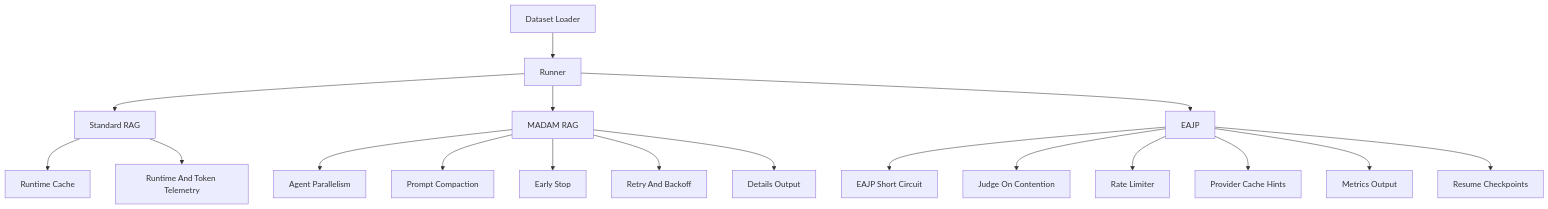
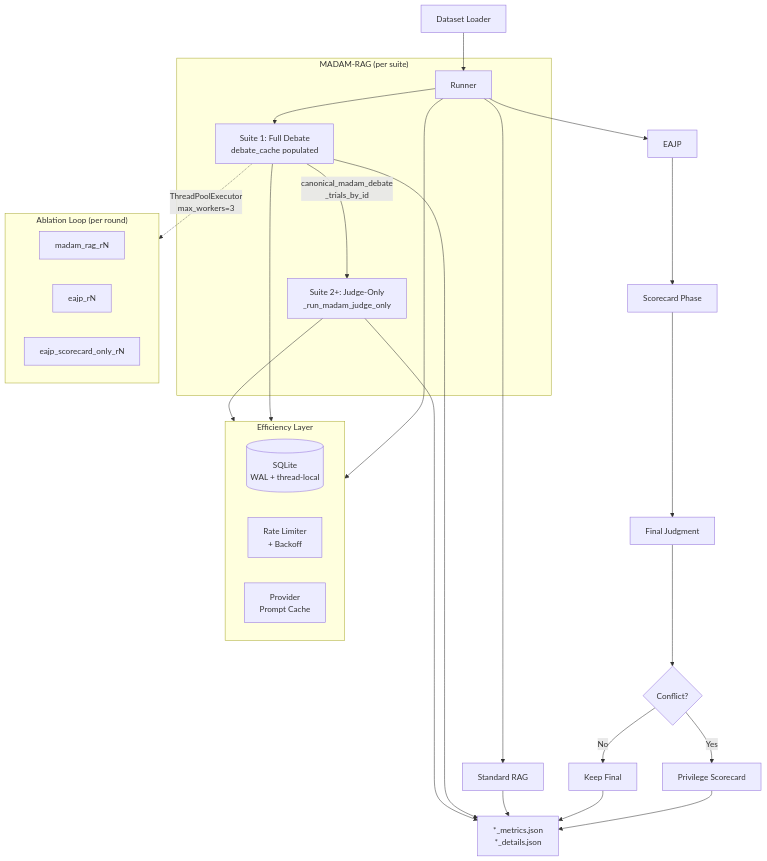
Before and after one commit to samlee1688/llms_final_project: the second of 2 diagrams in README.md, drawn with Mermaid. The commit also changed other lines of this file and 65 other files, not shown here.

````diff
--- a/README.md
+++ b/README.md
@@ -802,23 +652,39 @@
 ```mermaid
 flowchart TD
-  A[Dataset Loader] --> B[Runner]
-  B --> C[Standard RAG]
-  B --> D[MADAM RAG]
-  B --> E[EAJP]
+  L[Dataset Loader] --> R[Runner]
 
-  D --> O1[Agent Parallelism]
-  D --> O2[Prompt Compaction]
-  D --> O3[Early Stop]
-  E --> O4[EAJP Short Circuit]
-  E --> O5[Judge On Contention]
+  subgraph MADAM["MADAM-RAG (per suite)"]
+    R --> MA[Suite 1: Full Debate\ndebate_cache populated]
+    MA -->|canonical_madam_debate\n_trials_by_id| MB[Suite 2+: Judge-Only\n_run_madam_judge_only]
+  end
 
-  C --> M1[Runtime Cache]
-  D --> M2[Retry And Backoff]
-  E --> M3[Rate Limiter]
-  E --> M4[Provider Cache Hints]
+  subgraph ABL["Ablation Loop (per round)"]
+    direction LR
+    AB1[madam_rag_rN]
+    AB2[eajp_rN]
+    AB3[eajp_scorecard_only_rN]
+  end
+  MA -.->|ThreadPoolExecutor\nmax_workers=3| ABL
 
-  C --> T1[Runtime And Token Telemetry]
-  D --> T2[Details Output]
-  E --> T3[Metrics Output]
-  E --> T4[Resume Checkpoints]
+  subgraph CACHE["Efficiency Layer"]
+    SQLC[(SQLite\nWAL + thread-local)]
+    RL[Rate Limiter\n+ Backoff]
+    PC[Provider\nPrompt Cache]
+  end
+
+  R --> CACHE
+  MA --> CACHE
+  MB --> CACHE
+
+  R --> S1[Standard RAG]
+  R --> S3[EAJP]
+  S3 --> SC[Scorecard Phase]
+  SC --> FJ[Final Judgment]
+  FJ --> CR{Conflict?}
+  CR -->|Yes| PV[Privilege Scorecard]
+  CR -->|No| FV[Keep Final]
+  PV & FV --> OUT[*_metrics.json\n*_details.json]
+  S1 --> OUT
+  MA --> OUT
+  MB --> OUT
 ```
````
